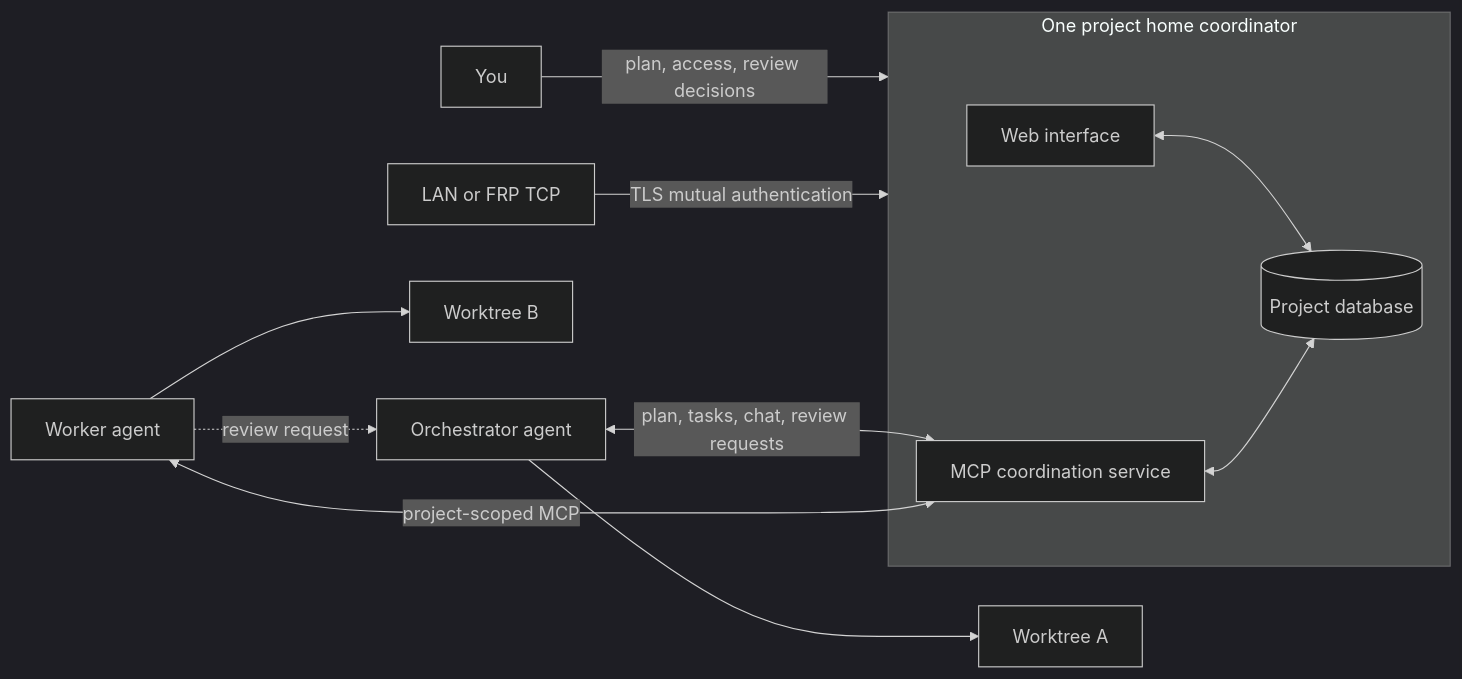
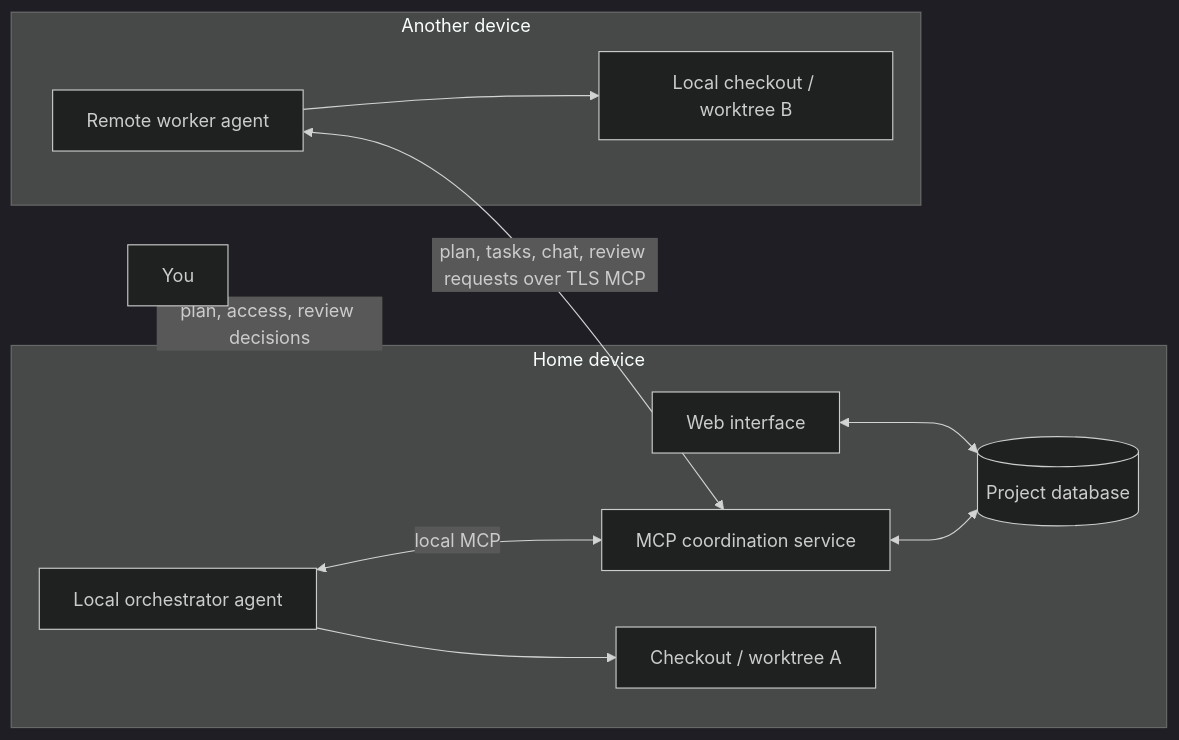
Before and after one commit to tasmirz/gossip: the diagram in README.md, drawn with Mermaid (dark theme). The commit also changed other lines of this file and 2 other files, not shown here.

Commit message:
docs: clarify device-local agent worktrees

````diff
--- a/README.md
+++ b/README.md
@@ -27,17 +27,21 @@
 ```mermaid
 flowchart LR
     User[You] -->|plan, access, review decisions| Home
-    subgraph Home[One project home coordinator]
+    subgraph Home[Home device]
         UI[Web interface]
         MCP[MCP coordination service]
         DB[(Project database)]
+        A1[Local orchestrator agent]
+        W1[Checkout / worktree A]
         UI <--> DB
         MCP <--> DB
+        A1 --> W1
+        A1 <-->|local MCP| MCP
     end
-    A1[Orchestrator agent] <-->|plan, tasks, chat, review requests| MCP
-    A2[Worker agent] <-->|project-scoped MCP| MCP
-    A1 --> W1[Worktree A]
-    A2 --> W2[Worktree B]
-    A2 -. review request .-> A1
-    Remote[LAN or FRP TCP] -->|TLS mutual authentication| Home
+    subgraph Remote[Another device]
+        A2[Remote worker agent]
+        W2[Local checkout / worktree B]
+        A2 --> W2
+    end
+    A2 <-->|plan, tasks, chat, review requests over TLS MCP| MCP
 ```
````
